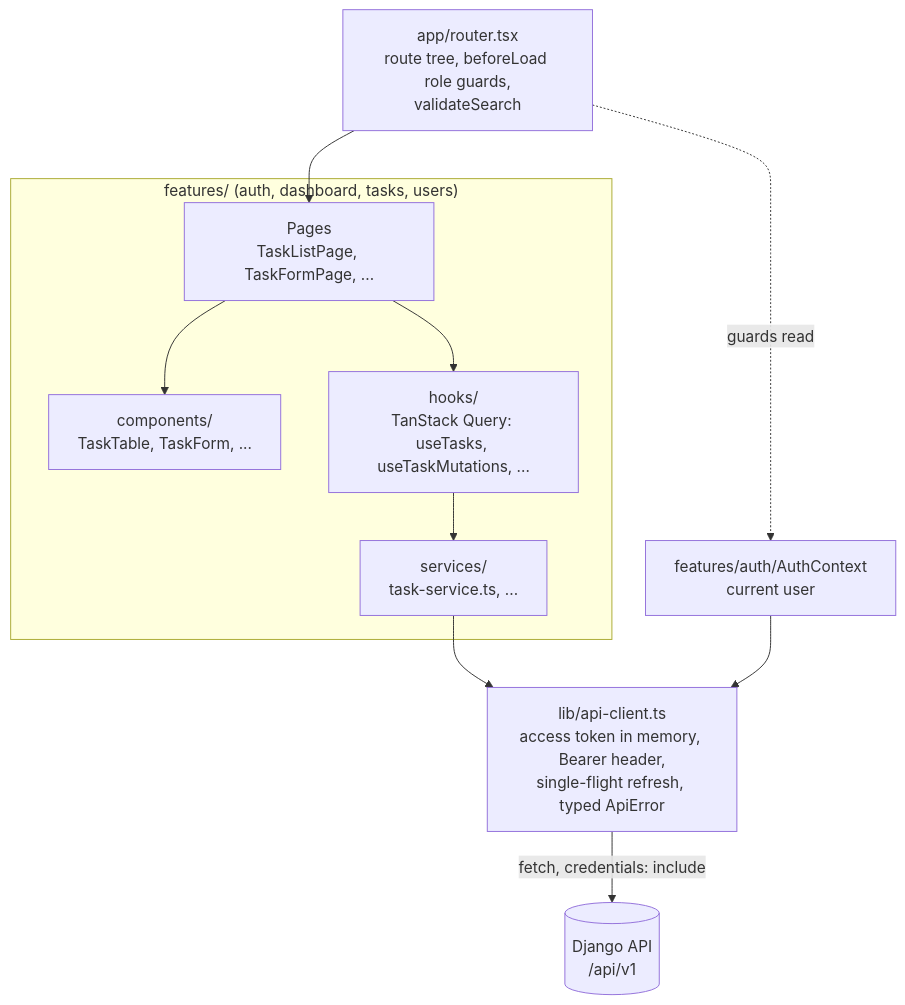
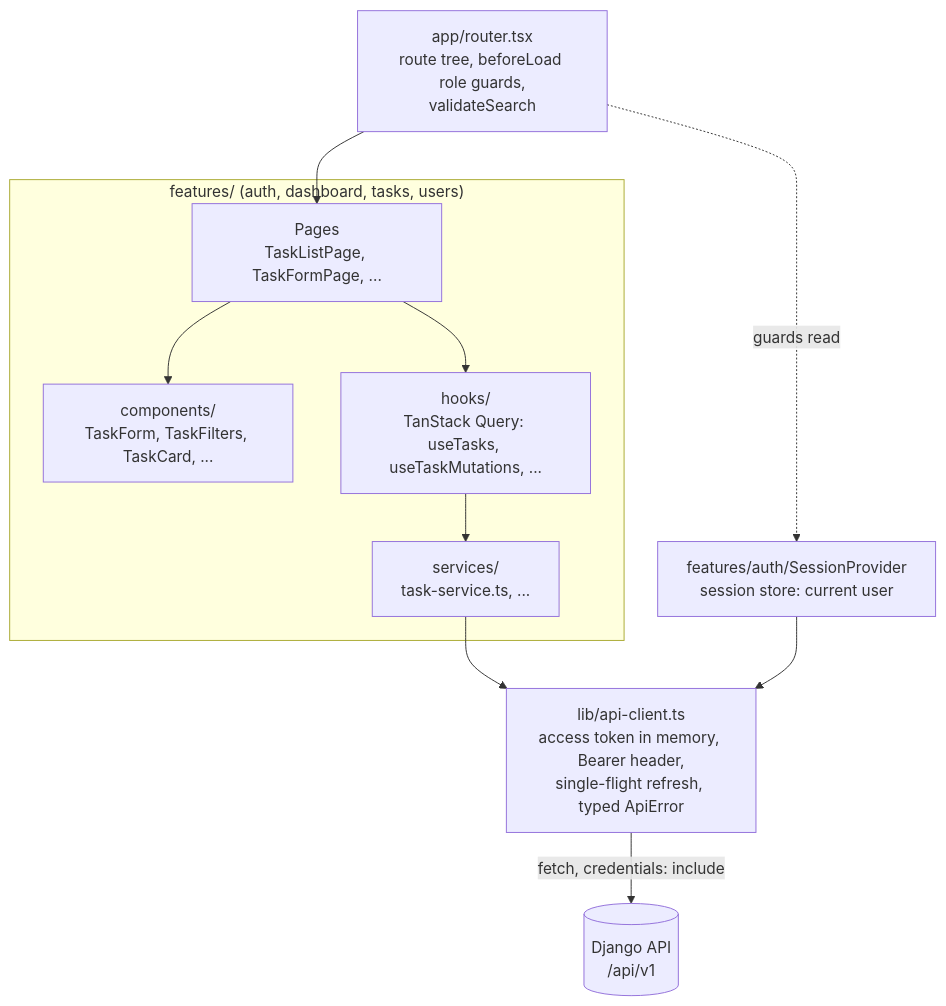
Before and after one commit to ivanmviveros/TaskManagementSystem: the eighth of 8 diagrams in docs/ARCHITECTURE.md, drawn with Mermaid. The commit also changed other lines of this file and 6 other files, not shown here.

First line of the commit message:
docs: record the TanStack Form, Table and Store refactor (D79-D88)

````diff
--- a/docs/ARCHITECTURE.md
+++ b/docs/ARCHITECTURE.md
@@ -455,24 +455,24 @@
 ```mermaid
 flowchart TB
     ROUTER["app/router.tsx<br/>route tree, beforeLoad role guards,<br/>validateSearch"]
 
     subgraph features["features/ (auth, dashboard, tasks, users)"]
         PAGE["Pages<br/>TaskListPage, TaskFormPage, ..."]
-        COMP["components/<br/>TaskTable, TaskForm, ..."]
+        COMP["components/<br/>TaskForm, TaskFilters, TaskCard, ..."]
         HOOKS["hooks/<br/>TanStack Query: useTasks, useTaskMutations, ..."]
         SVC["services/<br/>task-service.ts, ..."]
     end
 
-    AUTH["features/auth/AuthContext<br/>current user"]
+    AUTH["features/auth/SessionProvider<br/>session store: current user"]
     CLIENT["lib/api-client.ts<br/>access token in memory, Bearer header,<br/>single-flight refresh, typed ApiError"]
     API[("Django API<br/>/api/v1")]
 
     ROUTER --> PAGE
     ROUTER -.->|"guards read"| AUTH
     PAGE --> COMP
     PAGE --> HOOKS
     HOOKS --> SVC
     SVC --> CLIENT
     AUTH --> CLIENT
     CLIENT -->|"fetch, credentials: include"| API
 ```
````
